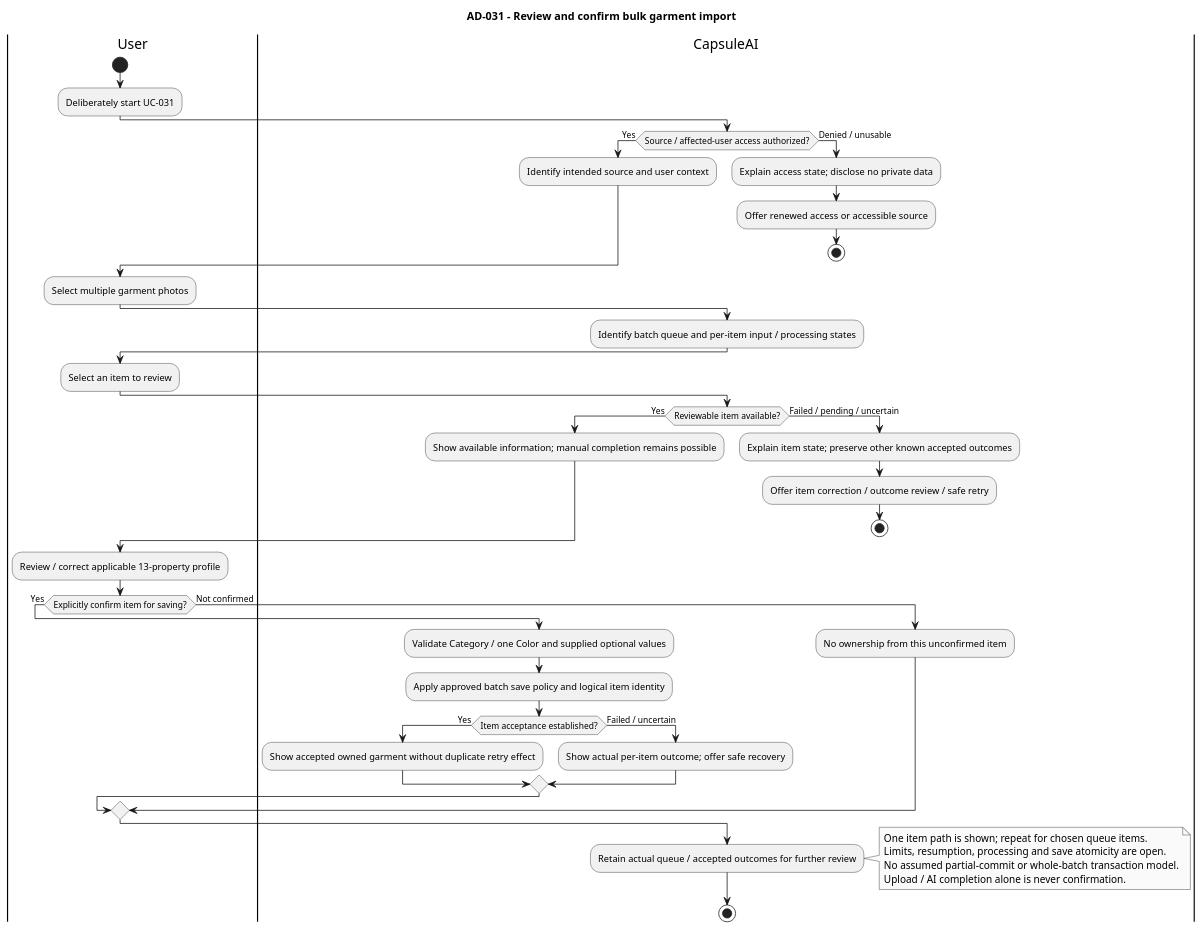
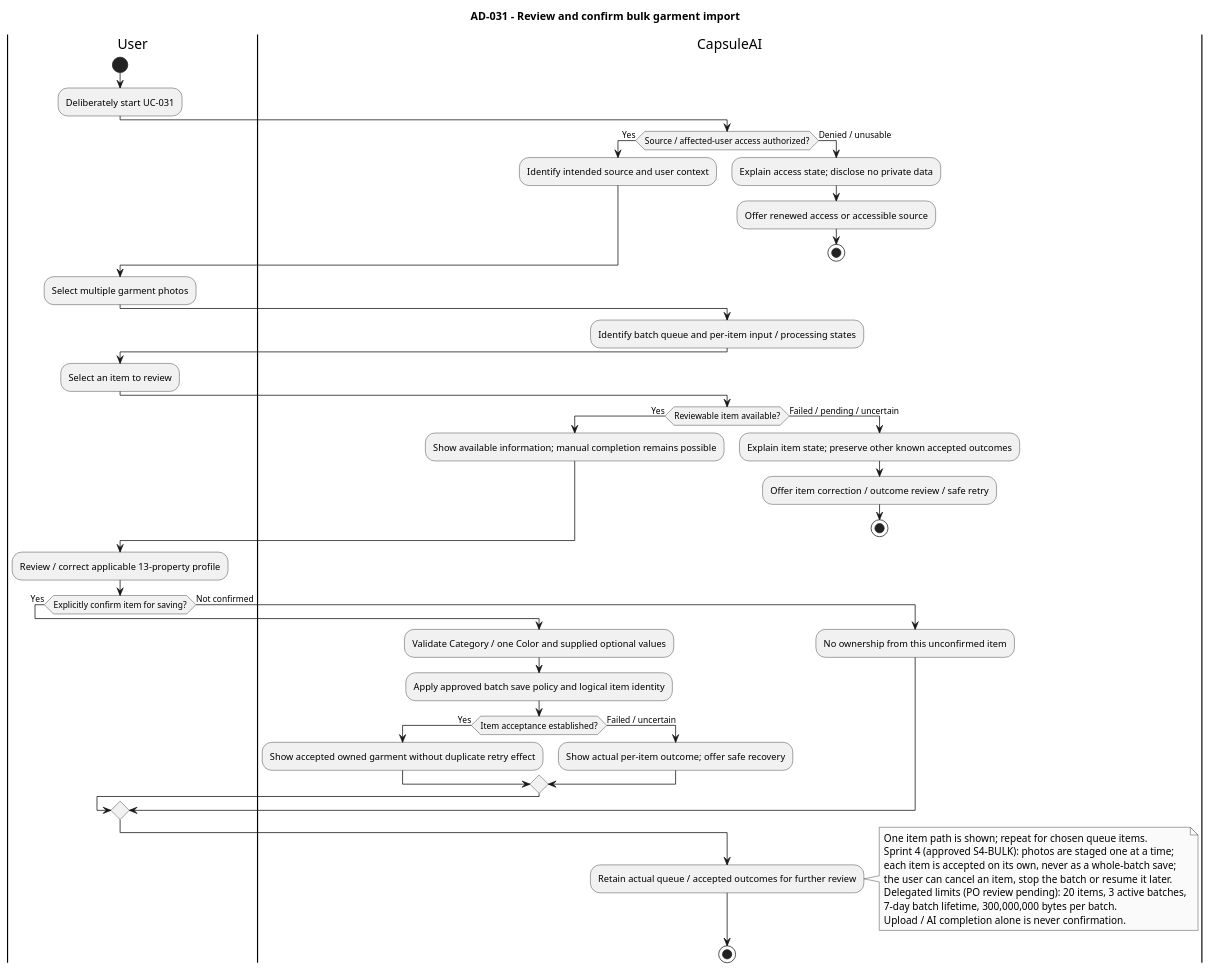
Before and after one commit to luubinhdeptrai/CapsuleAI: the diagram in docs/03-requirements/activity-diagrams/AD-031-review-and-confirm-bulk-import.puml, drawn with PlantUML. The commit also changed 34 other files, not shown here.

```diff
--- a/docs/03-requirements/activity-diagrams/AD-031-review-and-confirm-bulk-import.puml
+++ b/docs/03-requirements/activity-diagrams/AD-031-review-and-confirm-bulk-import.puml
@@ -1,60 +1,65 @@
 @startuml
 ' AD-031; source ../use-cases/UC-031-review-and-confirm-bulk-import.md
 ' Draft v0.1, 2026-11-09; approved PR #4 / DD-007 scope, not implementation.
 ' Trace: FEAT-BULK-001; BR-031; CAP-15; PBI-048; US-BULK-001 AC.
 ' SRS: FR-BULK-001, FR-BULK-002, FR-BULK-003, FR-BULK-004, FR-BULK-005, FR-BULK-006; DATA-BULK-001.
 ' Business Rules: BRULE-BULK-001/002; BRULE-GAR-001/002/005/006/010; BRULE-AUTH-001/007.
 ' Open policy: MVP-Q08, MVP-Q09; PRD Section 34.2. No provider / owner allocation selected.
+' Sprint 4 refinement 2026-11-17: S4-BULK-01-07 approved 2026-11-16; MVP-Q08 resolved provisionally
+' for US-BULK-001 by delegated defaults OPEN-S4-25-30 (PRD Section 34.3, SRS Section 3.23.1). Not implemented.
 title AD-031 - Review and confirm bulk garment import
 skinparam monochrome true
 skinparam shadowing false
 |User|
 start
 :Deliberately start UC-031;
 |CapsuleAI|
 if (Source / affected-user access authorized?) then (Yes)
   :Identify intended source and user context;
 else (Denied / unusable)
   :Explain access state; disclose no private data;
   :Offer renewed access or accessible source;
   stop
 endif
 |User|
 :Select multiple garment photos;
 |CapsuleAI|
 :Identify batch queue and per-item input / processing states;
 |User|
 :Select an item to review;
 |CapsuleAI|
 if (Reviewable item available?) then (Yes)
   :Show available information; manual completion remains possible;
 else (Failed / pending / uncertain)
   :Explain item state; preserve other known accepted outcomes;
   :Offer item correction / outcome review / safe retry;
   stop
 endif
 |User|
 :Review / correct applicable 13-property profile;
 if (Explicitly confirm item for saving?) then (Yes)
   |CapsuleAI|
   :Validate Category / one Color and supplied optional values;
   :Apply approved batch save policy and logical item identity;
   if (Item acceptance established?) then (Yes)
     :Show accepted owned garment without duplicate retry effect;
   else (Failed / uncertain)
     :Show actual per-item outcome; offer safe recovery;
   endif
 else (Not confirmed)
   |CapsuleAI|
   :No ownership from this unconfirmed item;
 endif
 :Retain actual queue / accepted outcomes for further review;
 note right
   One item path is shown; repeat for chosen queue items.
-  Limits, resumption, processing and save atomicity are open.
-  No assumed partial-commit or whole-batch transaction model.
+  Sprint 4 (approved S4-BULK): photos are staged one at a time;
+  each item is accepted on its own, never as a whole-batch save;
+  the user can cancel an item, stop the batch or resume it later.
+  Delegated limits (PO review pending): 20 items, 3 active batches,
+  7-day batch lifetime, 300,000,000 bytes per batch.
   Upload / AI completion alone is never confirmation.
 end note
 
 stop
 @enduml
```
